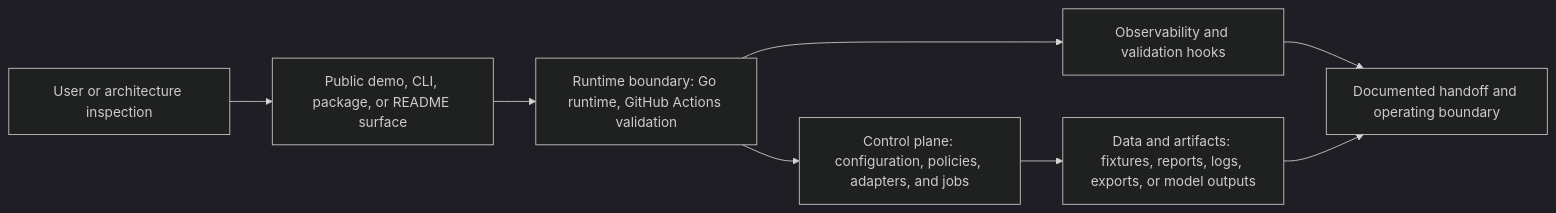
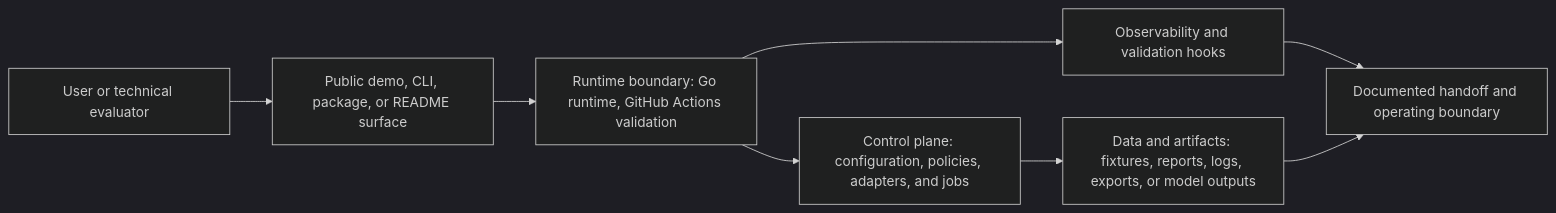
The diagram in docs/system-architecture.md (KIM3310/agent-runtime-go), drawn with Mermaid (dark theme) before and after one commit. The commit also changed 18 other files, not shown here.

````diff
--- a/docs/system-architecture.md
+++ b/docs/system-architecture.md
@@ -18,10 +18,10 @@
 ```mermaid
 flowchart LR
-    User["User or architecture inspection"] --> Surface["Public demo, CLI, package, or README surface"]
+    User["User or technical evaluator"] --> Surface["Public demo, CLI, package, or README surface"]
     Surface --> Runtime["Runtime boundary: Go runtime, GitHub Actions validation"]
     Runtime --> Control["Control plane: configuration, policies, adapters, and jobs"]
     Control --> Data["Data and artifacts: fixtures, reports, logs, exports, or model outputs"]
     Runtime --> Observability["Observability and validation hooks"]
     Observability --> Handoff["Documented handoff and operating boundary"]
     Data --> Handoff
 ```
````
